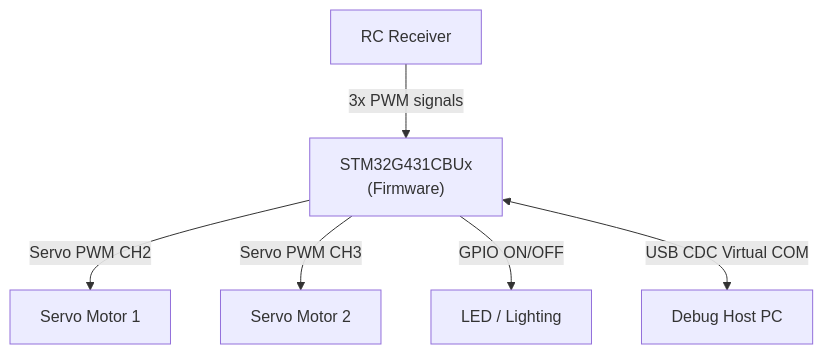
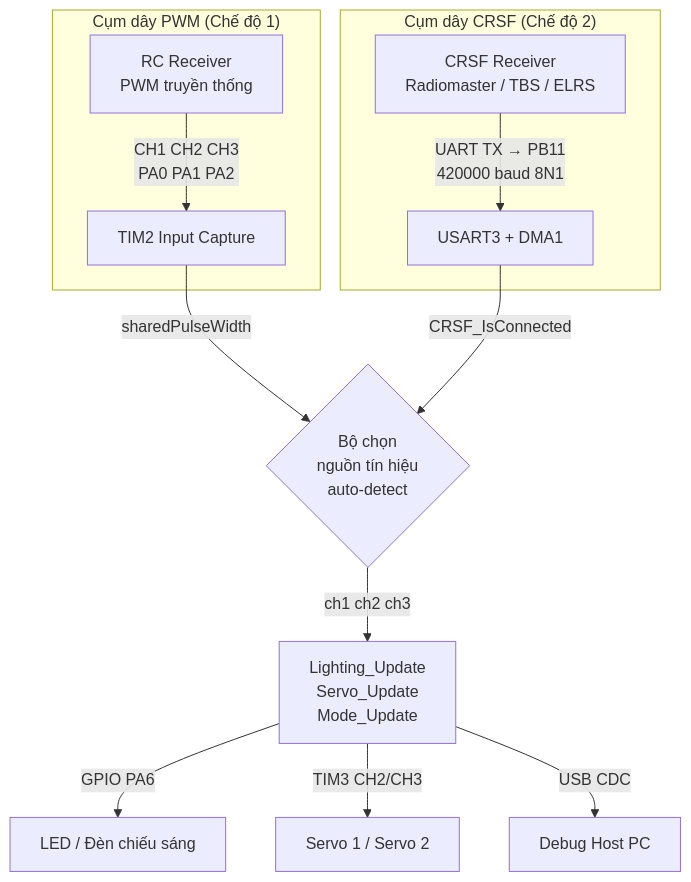
One commit to QT3112/STM32G4_Lighting changed the first of 11 diagrams in docs/firmware_architecture.md. Above: the diagram before and after it, drawn with Mermaid. The commit also changed other lines of this file and 25 other files, not shown here.

````diff
--- a/docs/firmware_architecture.md
+++ b/docs/firmware_architecture.md
@@ -42,8 +37,18 @@
 ```mermaid
 graph TD
-    RC[RC Receiver] -->|3x PWM signals| STM["STM32G431CBUx\n(Firmware)"]
-    STM -->|Servo PWM CH2| S1[Servo Motor 1]
-    STM -->|Servo PWM CH3| S2[Servo Motor 2]
-    STM -->|GPIO ON/OFF| LED[LED / Lighting]
-    STM <-->|USB CDC Virtual COM| PC[Debug Host PC]
+    subgraph "Cụm dây PWM (Chế độ 1)"
+        RX_PWM[RC Receiver\nPWM truyền thống] -->|CH1 CH2 CH3\nPA0 PA1 PA2| TIM2[TIM2 Input Capture]
+    end
+
+    subgraph "Cụm dây CRSF (Chế độ 2)"
+        RX_CRSF[CRSF Receiver\nRadiomaster / TBS / ELRS] -->|UART TX → PB11\n420000 baud 8N1| USART3[USART3 + DMA1]
+    end
+
+    TIM2 -->|sharedPulseWidth| MUX{Bộ chọn\nnguồn tín hiệu\nauto-detect}
+    USART3 -->|CRSF_IsConnected| MUX
+
+    MUX -->|ch1 ch2 ch3| CTRL[Lighting_Update\nServo_Update\nMode_Update]
+    CTRL -->|GPIO PA6| LED[LED / Đèn chiếu sáng]
+    CTRL -->|TIM3 CH2/CH3| SRV[Servo 1 / Servo 2]
+    CTRL -->|USB CDC| DBG[Debug Host PC]
 ```
````
